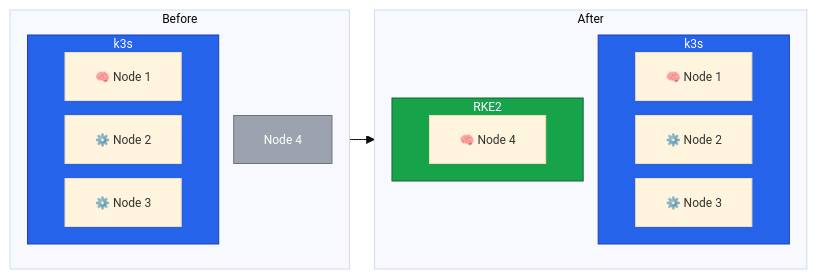
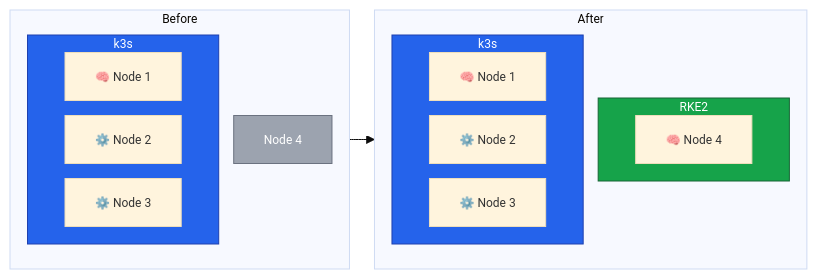
One commit to philprime/philprime.dev changed the first of 5 diagrams in guides/migrating-k3s-to-rke2-without-downtime/lesson-1.md. Above: the diagram before and after it, drawn with Mermaid. The commit also changed other lines of this file and 20 other files, not shown here.

Commit message:
dualstack, mermaid, cleanup

````diff
--- a/guides/migrating-k3s-to-rke2-without-downtime/lesson-1.md
+++ b/guides/migrating-k3s-to-rke2-without-downtime/lesson-1.md
@@ -54,34 +58,34 @@
 ```mermaid!
 %%{init: {"theme": "base", "flowchart": {"nodeSpacing": 15, "rankSpacing": 25}, "themeVariables": {"fontSize": "12px"}}}%%
 flowchart LR
 classDef clusterA fill:#2563eb,color:#ffffff,stroke:#1e40af
 classDef clusterB fill:#16a34a,color:#ffffff,stroke:#166534
 classDef unassigned fill:#9ca3af,color:#ffffff,stroke:#6b7280
 
 subgraph before["Before"]
   direction TB
   subgraph bA["k3s"]
     bA1["🧠 Node 1"]
     bA2["⚙️ Node 2"]
     bA3["⚙️ Node 3"]
   end
   bU["Node 4"]
 end
 
 subgraph after["After"]
   direction TB
+  subgraph aB["RKE2"]
+    aB4["🧠 Node 4"]
+  end
   subgraph aA["k3s"]
     aA1["🧠 Node 1"]
     aA2["⚙️ Node 2"]
     aA3["⚙️ Node 3"]
-  end
-  subgraph aB["RKE2"]
-    aB4["🧠 Node 4"]
   end
 end
 
 before --> after
 class bA,aA clusterA
 class aB clusterB
 class bU unassigned
 ```
````
